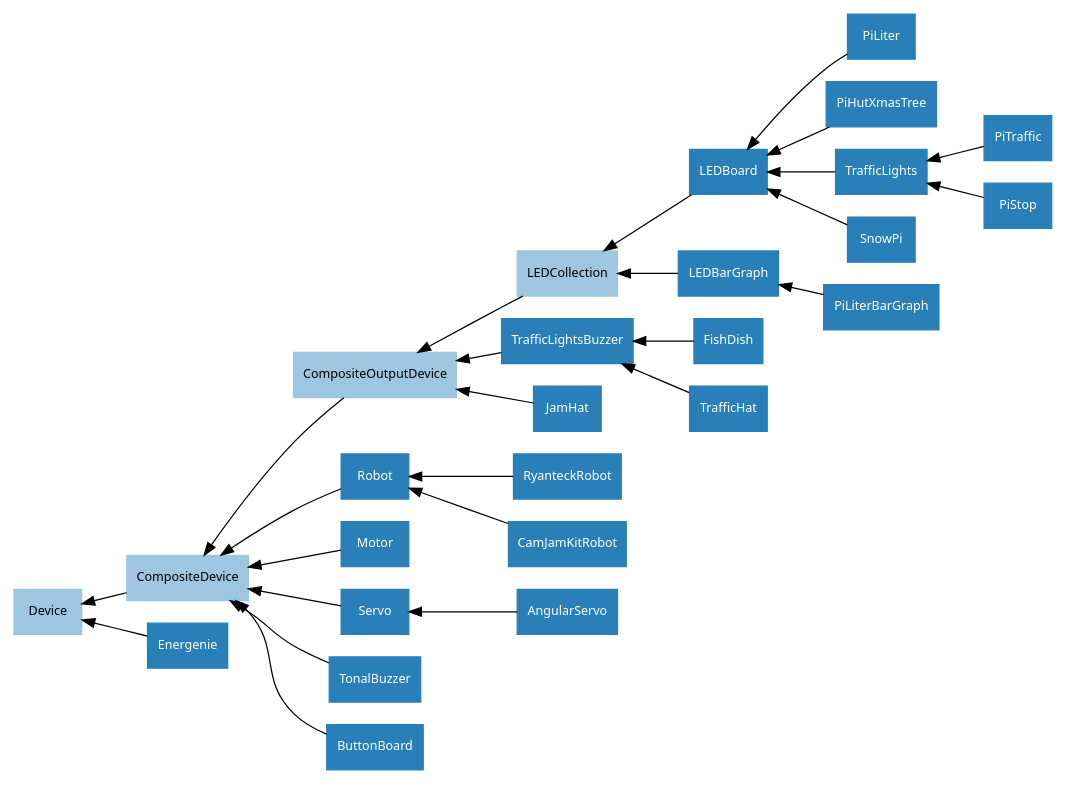
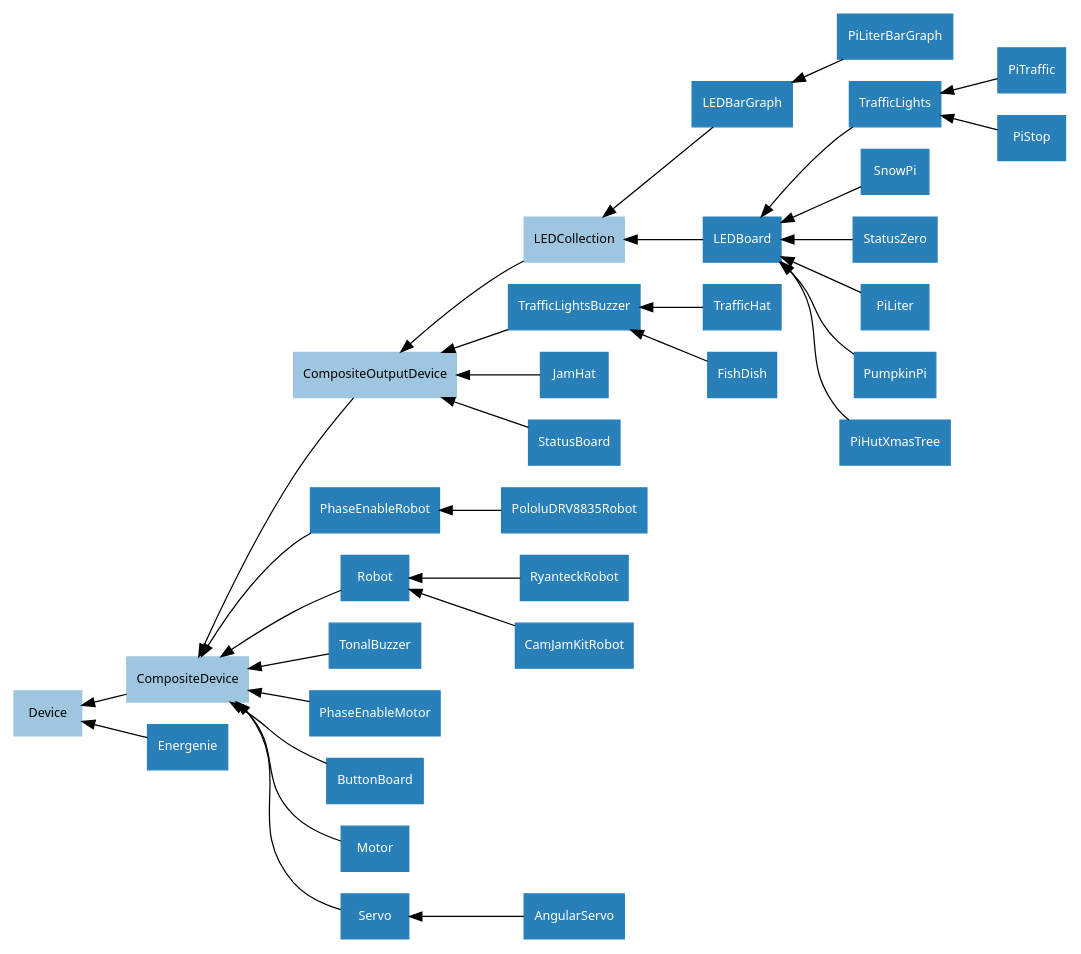
Before and after one commit to gpiozero/gpiozero: the diagram in docs/images/composite_device_hierarchy.dot, drawn with Graphviz. The commit also changed 26 other files, not shown here.

Commit message:
Generate device graphs automatically

```diff
--- a/docs/images/composite_device_hierarchy.dot
+++ b/docs/images/composite_device_hierarchy.dot
@@ -1,44 +1,53 @@
-/* vim: set et sw=4 sts=4: */
-
 digraph classes {
     graph [rankdir=RL];
     node [shape=rect, style=filled, fontname=Sans, fontsize=10];
     edge [];
 
+    /* Mixin classes */
+    node [color="#c69ee0", fontcolor="#000000"]
+
+    
+
     /* Abstract classes */
     node [color="#9ec6e0", fontcolor="#000000"]
+
     Device;
+    LEDCollection;
+    CompositeOutputDevice;
     CompositeDevice;
-    CompositeOutputDevice;
-    LEDCollection;
 
     /* Concrete classes */
     node [color="#2980b9", fontcolor="#ffffff"];
-    CompositeDevice->Device;
-    CompositeOutputDevice->CompositeDevice;
+
+    PololuDRV8835Robot->PhaseEnableRobot;
+    LEDBarGraph->LEDCollection;
+    LEDBoard->LEDCollection;
+    TrafficHat->TrafficLightsBuzzer;
+    RyanteckRobot->Robot;
+    Robot->CompositeDevice;
     LEDCollection->CompositeOutputDevice;
-
-    LEDBoard->LEDCollection;
-    LEDBarGraph->LEDCollection;
-
-    PiLiter->LEDBoard;
-    PiHutXmasTree->LEDBoard;
-    PiLiterBarGraph->LEDBarGraph;
+    PhaseEnableRobot->CompositeDevice;
+    CamJamKitRobot->Robot;
+    Energenie->Device;
     TrafficLights->LEDBoard;
+    JamHat->CompositeOutputDevice;
+    StatusBoard->CompositeOutputDevice;
     SnowPi->LEDBoard;
     PiTraffic->TrafficLights;
+    StatusZero->LEDBoard;
+    TonalBuzzer->CompositeDevice;
+    PhaseEnableMotor->CompositeDevice;
+    ButtonBoard->CompositeDevice;
+    Motor->CompositeDevice;
+    CompositeOutputDevice->CompositeDevice;
+    PiLiterBarGraph->LEDBarGraph;
+    PiLiter->LEDBoard;
+    FishDish->TrafficLightsBuzzer;
     PiStop->TrafficLights;
     TrafficLightsBuzzer->CompositeOutputDevice;
-    JamHat->CompositeOutputDevice;
-    FishDish->TrafficLightsBuzzer;
-    TrafficHat->TrafficLightsBuzzer;
-    Robot->CompositeDevice;
-    RyanteckRobot->Robot;
-    CamJamKitRobot->Robot;
-    Motor->CompositeDevice;
+    PumpkinPi->LEDBoard;
+    PiHutXmasTree->LEDBoard;
+    AngularServo->Servo;
     Servo->CompositeDevice;
-    TonalBuzzer->CompositeDevice;
-    AngularServo->Servo;
-    Energenie->Device;
-    ButtonBoard->CompositeDevice;
+    CompositeDevice->Device;
 }
```
